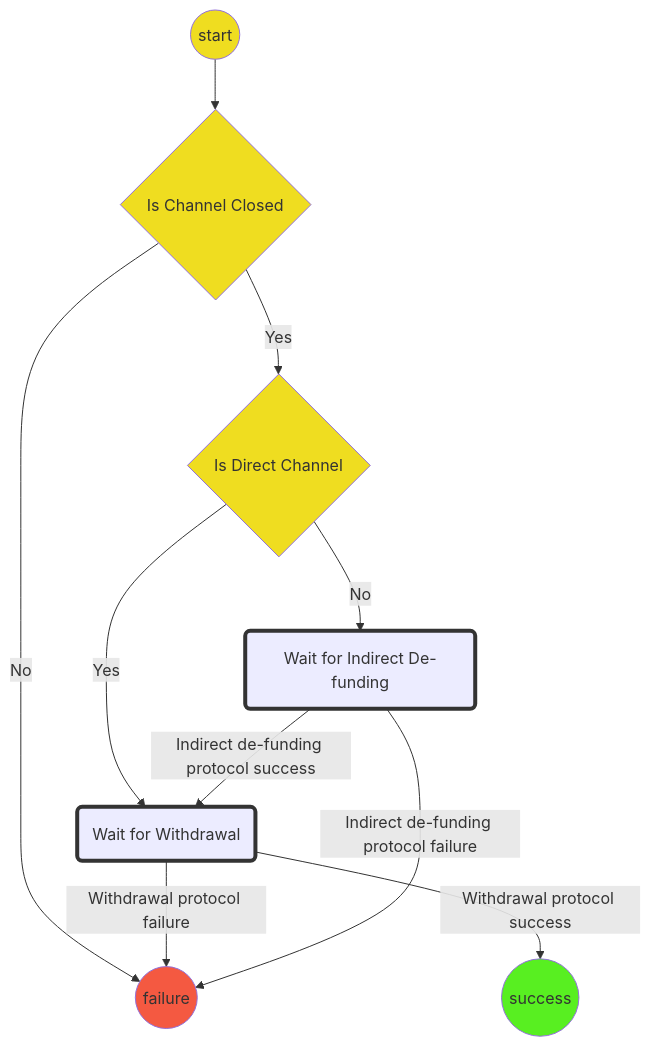
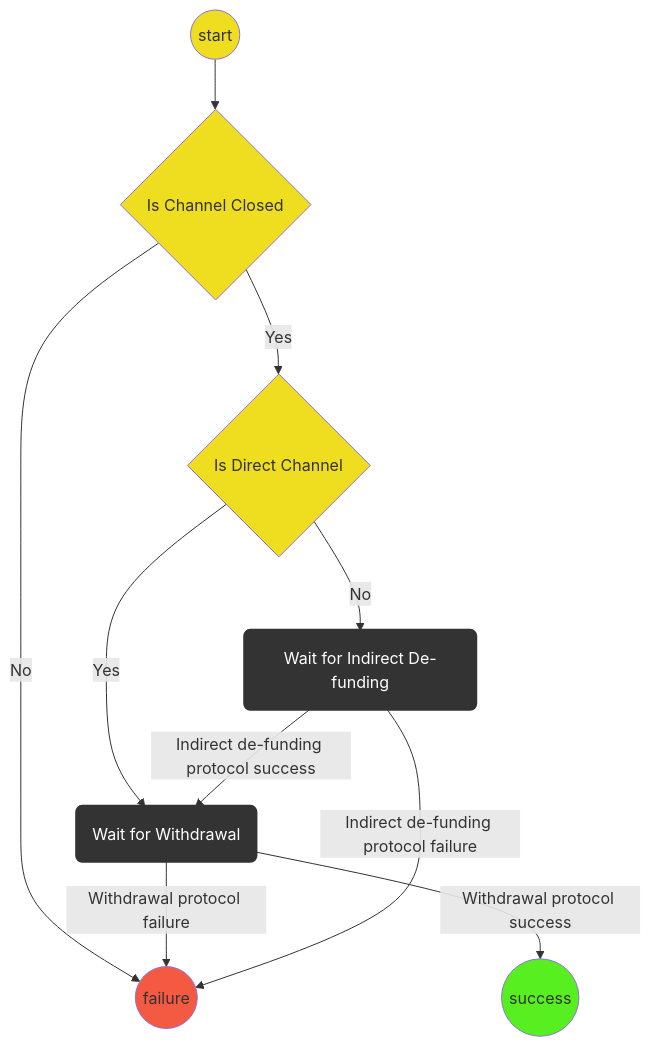
One commit to statechannels/statechannels changed the diagram in packages/wallet/packages/wallet/src/redux/protocols/defunding/readme.md. Above: the diagram before and after it, drawn with Mermaid. The commit also changed 88 other files, not shown here.

````diff
--- a/packages/wallet/packages/wallet/src/redux/protocols/defunding/readme.md
+++ b/packages/wallet/packages/wallet/src/redux/protocols/defunding/readme.md
@@ -13,21 +13,22 @@
 ```mermaid
 graph TD
 linkStyle default interpolate basis
   S((start))-->ICC{Is Channel Closed}
   ICC-->|No|F((failure))
   ICC-->|Yes|ID{Is Direct Channel}
   ID-->|Yes|WP(Wait for Withdrawal)
   ID -->|No|LDP(Wait for Indirect De-funding)
   LDP-->|Indirect de-funding protocol success|WP(Wait for Withdrawal)
   WP-->|Withdrawal protocol success|Su((success))
   WP-->|Withdrawal protocol failure|F((failure))
   LDP-->|Indirect de-funding protocol failure|F((failure))
 
-  style S  fill:#efdd20
-  style ICC  fill:#efdd20
-  style ID fill:#efdd20
-  style Su fill:#58ef21
-  style F  fill:#f45941
-  style WP stroke:#333,stroke-width:4px
-  style LDP stroke:#333,stroke-width:4px
+  classDef logic fill:#efdd20;
+  classDef Success fill:#58ef21;
+  classDef Failure fill:#f45941;
+  classDef WaitForChildProtocol stroke:#333,stroke-width:4px,color:#ffff,fill:#333;
+  class S,ICC,ID logic;
+  class Su Success;
+  class F Failure;
+  class WP,LDP WaitForChildProtocol;
 ```
````
